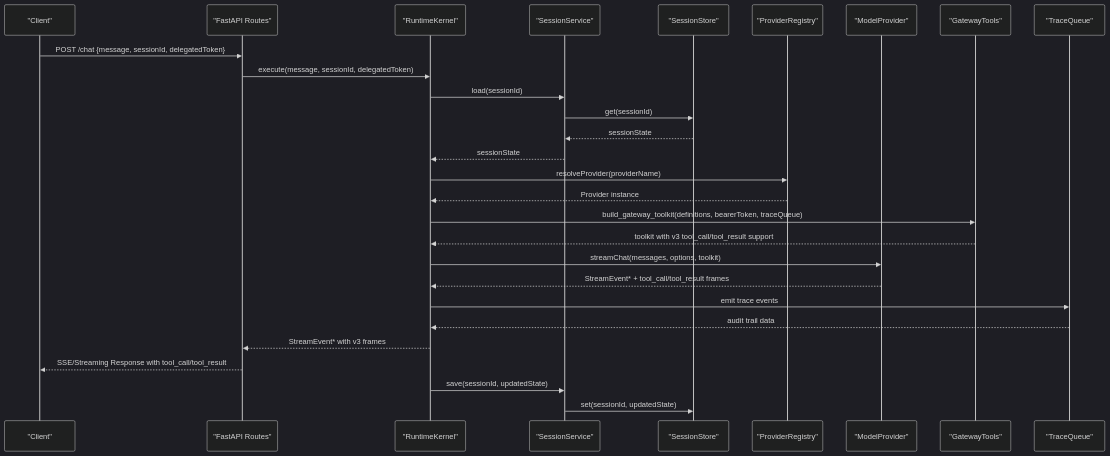
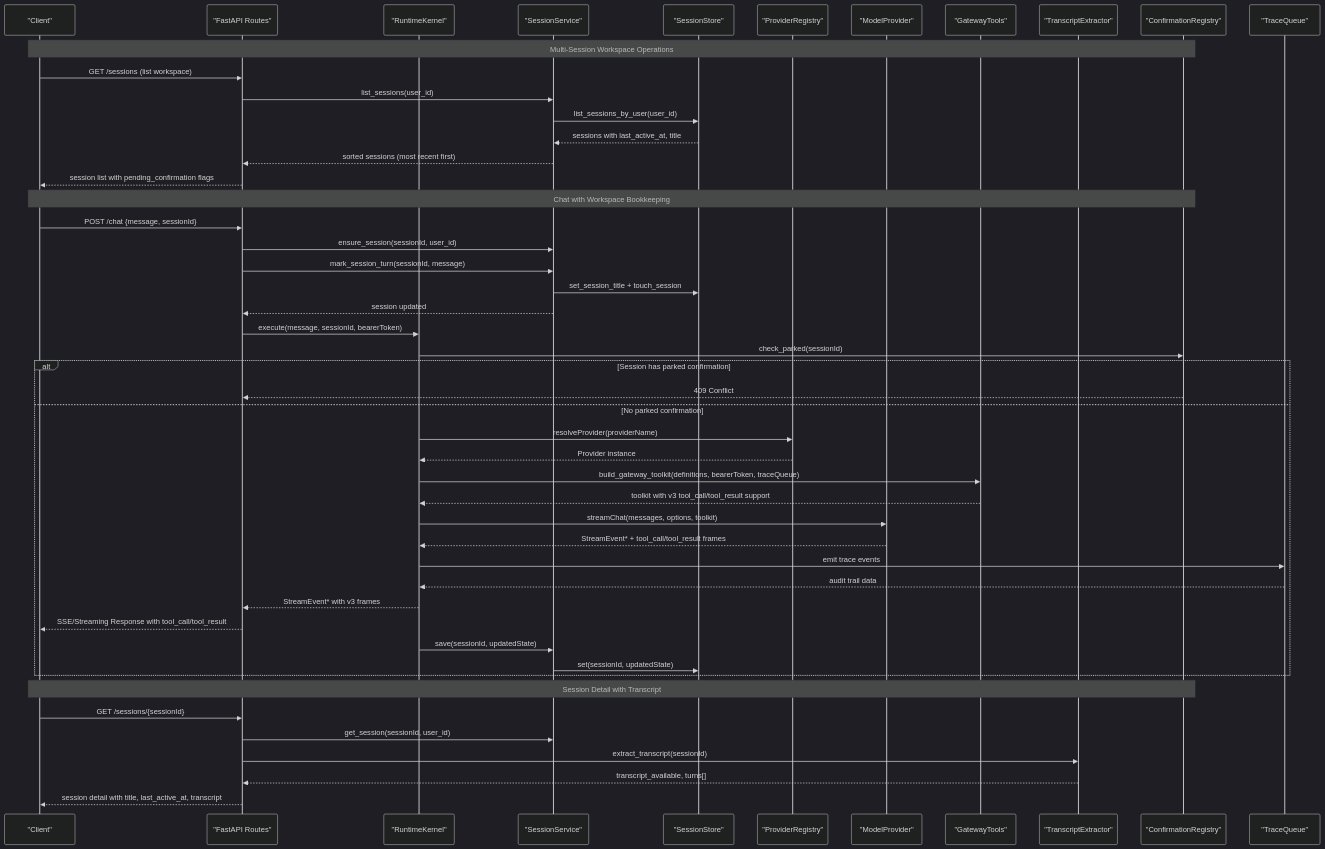
One commit to metasync/luban-aiops changed the second of 18 diagrams in .qoder/repowiki/en/content/Agent Platform Service/Agent Platform Service.md. Above: the diagram before and after it, drawn with Mermaid (dark theme). The commit also changed other lines of this file and 33 other files, not shown here.

````diff
--- a/.qoder/repowiki/en/content/Agent Platform Service/Agent Platform Service.md
+++ b/.qoder/repowiki/en/content/Agent Platform Service/Agent Platform Service.md
@@ -197,30 +208,51 @@
 ```mermaid
 sequenceDiagram
 participant Client as "Client"
 participant API as "FastAPI Routes"
 participant Kernel as "RuntimeKernel"
 participant Sess as "SessionService"
 participant Store as "SessionStore"
 participant Reg as "ProviderRegistry"
 participant Prov as "ModelProvider"
 participant Tools as "GatewayTools"
+participant Transcript as "TranscriptExtractor"
+participant HITL as "ConfirmationRegistry"
 participant Trace as "TraceQueue"
-Client->>API : POST /chat {message, sessionId, delegatedToken}
-API->>Kernel : execute(message, sessionId, delegatedToken)
-Kernel->>Sess : load(sessionId)
-Sess->>Store : get(sessionId)
-Store-->>Sess : sessionState
-Sess-->>Kernel : sessionState
+Note over Client,HITL : Multi-Session Workspace Operations
+Client->>API : GET /sessions (list workspace)
+API->>Sess : list_sessions(user_id)
+Sess->>Store : list_sessions_by_user(user_id)
+Store-->>Sess : sessions with last_active_at, title
+Sess-->>API : sorted sessions (most recent first)
+API-->>Client : session list with pending_confirmation flags
+Note over Client,HITL : Chat with Workspace Bookkeeping
+Client->>API : POST /chat {message, sessionId}
+API->>Sess : ensure_session(sessionId, user_id)
+API->>Sess : mark_session_turn(sessionId, message)
+Sess->>Store : set_session_title + touch_session
+Sess-->>API : session updated
+API->>Kernel : execute(message, sessionId, bearerToken)
+Kernel->>HITL : check_parked(sessionId)
+alt Session has parked confirmation
+HITL-->>API : 409 Conflict
+else No parked confirmation
 Kernel->>Reg : resolveProvider(providerName)
 Reg-->>Kernel : Provider instance
 Kernel->>Tools : build_gateway_toolkit(definitions, bearerToken, traceQueue)
 Tools-->>Kernel : toolkit with v3 tool_call/tool_result support
 Kernel->>Prov : streamChat(messages, options, toolkit)
 Prov-->>Kernel : StreamEvent* + tool_call/tool_result frames
 Kernel->>Trace : emit trace events
 Trace-->>Kernel : audit trail data
 Kernel-->>API : StreamEvent* with v3 frames
 API-->>Client : SSE/Streaming Response with tool_call/tool_result
 Kernel->>Sess : save(sessionId, updatedState)
 Sess->>Store : set(sessionId, updatedState)
+end
+Note over Client,HITL : Session Detail with Transcript
+Client->>API : GET /sessions/{sessionId}
+API->>Sess : get_session(sessionId, user_id)
+API->>Transcript : extract_transcript(sessionId)
+Transcript-->>API : transcript_available, turns[]
+API-->>Client : session detail with title, last_active_at, transcript
 ```
````
